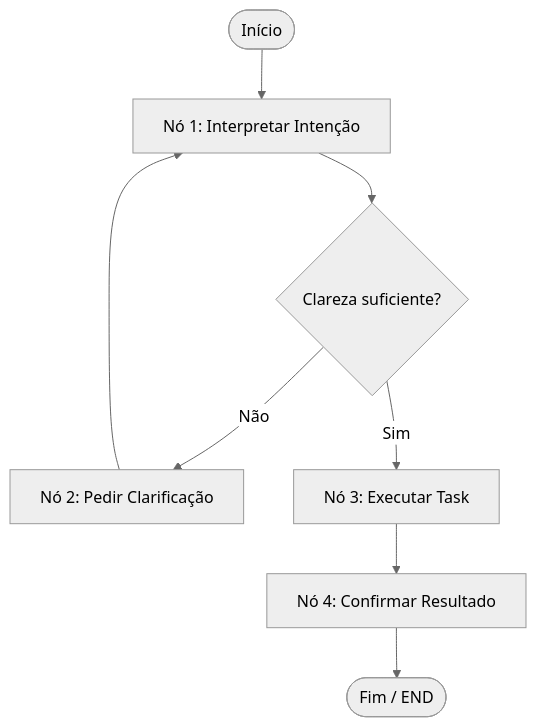
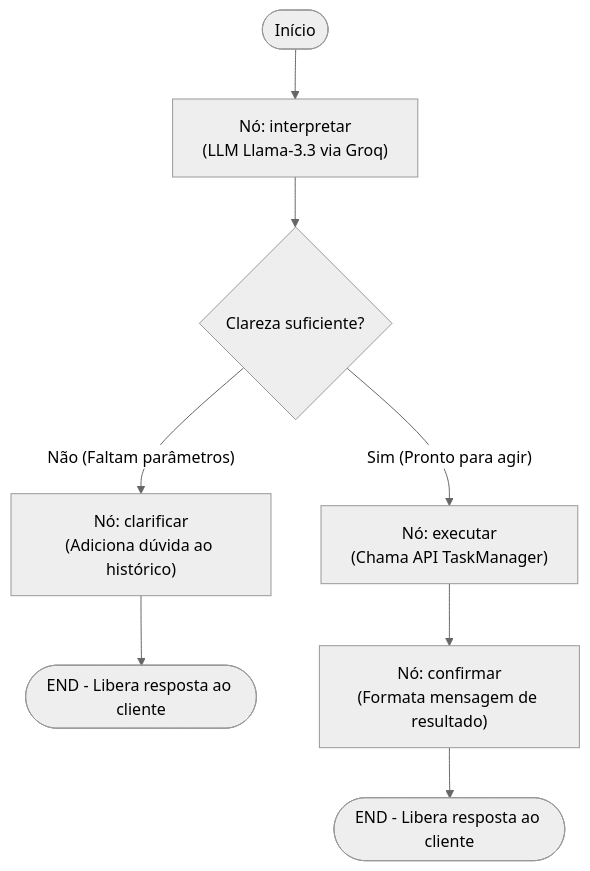
One commit to ElyssonAlvs/TaskAgentV2 changed the second of 2 diagrams in docs/arquitetura.md. Above: the diagram before and after it, drawn with Mermaid (neutral theme). The commit also changed other lines of this file and 1 other file, not shown here.

Commit message:
docs: atualiza arquitetura com diagramas mermaid e diário de aprendizado

````diff
--- a/docs/arquitetura.md
+++ b/docs/arquitetura.md
@@ -9,12 +48,13 @@
 ```mermaid
 graph TD
-    Start([Início]) --> Interpretar[Nó 1: Interpretar Intenção]
+    Start([Início]) --> Interpretar["Nó: interpretar<br/>(LLM Llama-3.3 via Groq)"]
     
     Interpretar --> Decidir{Clareza suficiente?}
-    Decidir -- Não --> Clarificar[Nó 2: Pedir Clarificação]
-    Clarificar --> Interpretar
     
-    Decidir -- Sim --> Executar[Nó 3: Executar Task]
-    Executar --> Confirmar[Nó 4: Confirmar Resultado]
-    Confirmar --> End([Fim / END])
+    Decidir -- "Não (Faltam parâmetros)" --> Clarificar["Nó: clarificar<br/>(Adiciona dúvida ao histórico)"]
+    Clarificar --> EndClarify([END - Libera resposta ao cliente])
+    
+    Decidir -- "Sim (Pronto para agir)" --> Executar["Nó: executar<br/>(Chama API TaskManager)"]
+    Executar --> Confirmar["Nó: confirmar<br/>(Formata mensagem de resultado)"]
+    Confirmar --> EndSuccess([END - Libera resposta ao cliente])
 ```
````
